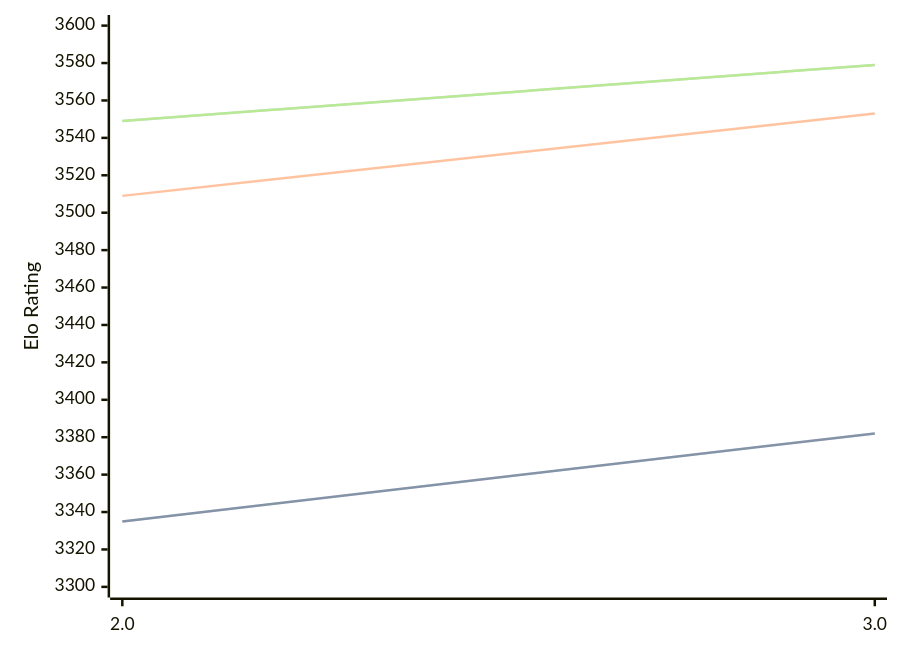
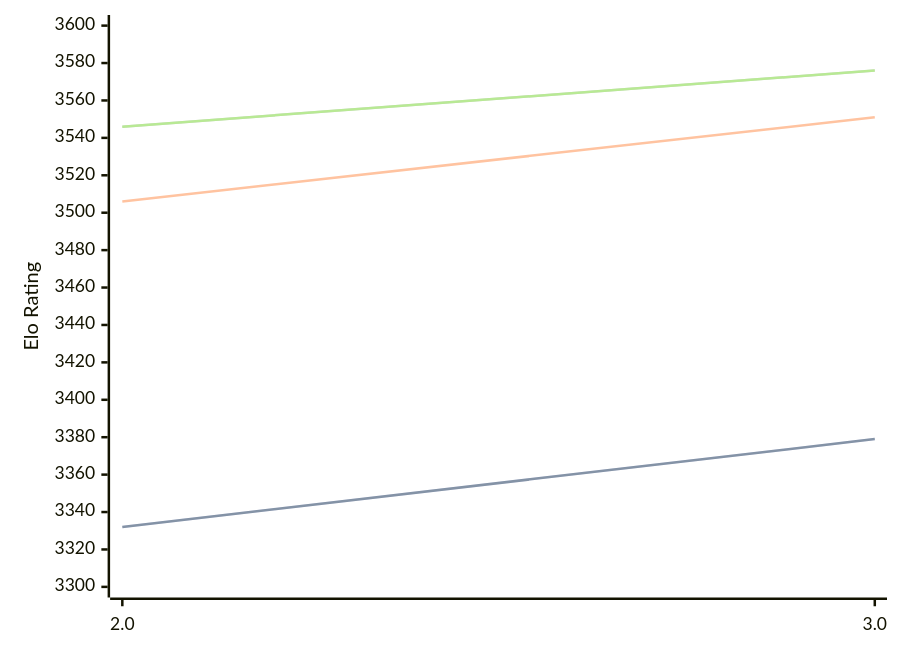
One commit to computer-chess-index/cci changed the diagram in engines/Quanticade.md. Above: the diagram before and after it, drawn with Mermaid. The commit also changed other lines of this file, not shown here.

Commit message:
Update CCI Ratings (ELO VLTC) - 2026-04-23

````diff
--- a/engines/Quanticade.md
+++ b/engines/Quanticade.md
@@ -41,11 +41,11 @@
 ```mermaid
 %%{init: {"theme":"base","themeVariables":{"seriesColors:['#a3a3a3','#222221','#faa371']}}}%%
 xychart-beta
   x-axis ["2.0", "3.0"]
   y-axis "Elo Rating" 3300 --> 3600
-  line "STC (8.0+0.08s)" [3335, 3382]
-  line "STC (8.0+0.08s)" [3335, 3382]
-  line "LTC (60.0+0.60s)" [3509, 3553]
-  line "VLTC (2m24s+1.12s)" [3549, 3579]
-  line "VLTC (2m24s+1.12s)" [3549, 3579]
+  line "STC (8.0+0.08s)" [3332, 3379]
+  line "STC (8.0+0.08s)" [3332, 3379]
+  line "LTC (60.0+0.60s)" [3506, 3551]
+  line "VLTC (2m24s+1.12s)" [3546, 3576]
+  line "VLTC (2m24s+1.12s)" [3546, 3576]
 ```
````
